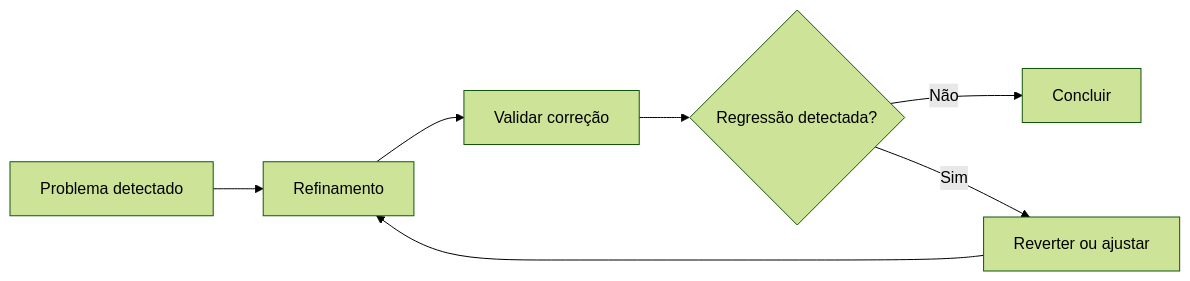
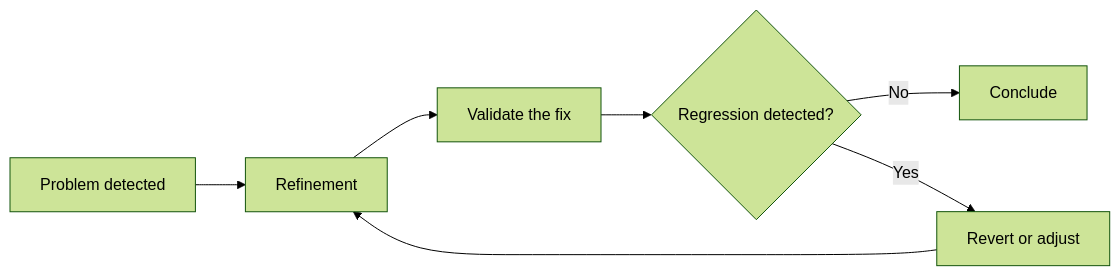
The third of 3 diagrams in dist/.claude/skills/pelizzai-reasoning/techniques/critique-and-refine.md (rpelizza/PelizzAI), drawn with Mermaid (forest theme) before and after one commit. The commit also changed other lines of this file and 362 other files, not shown here.

````diff
--- a/dist/.claude/skills/pelizzai-reasoning/techniques/critique-and-refine.md
+++ b/dist/.claude/skills/pelizzai-reasoning/techniques/critique-and-refine.md
@@ -305,10 +305,10 @@
 ```mermaid
 flowchart LR
-    A[Problema detectado] --> B[Refinamento]
-    B --> C[Validar correção]
-    C --> D{Regressão detectada?}
+    A[Problem detected] --> B[Refinement]
+    B --> C[Validate the fix]
+    C --> D{Regression detected?}
 
-    D -- Não --> E[Concluir]
-    D -- Sim --> F[Reverter ou ajustar]
+    D -- No --> E[Conclude]
+    D -- Yes --> F[Revert or adjust]
     F --> B
 ```
````
